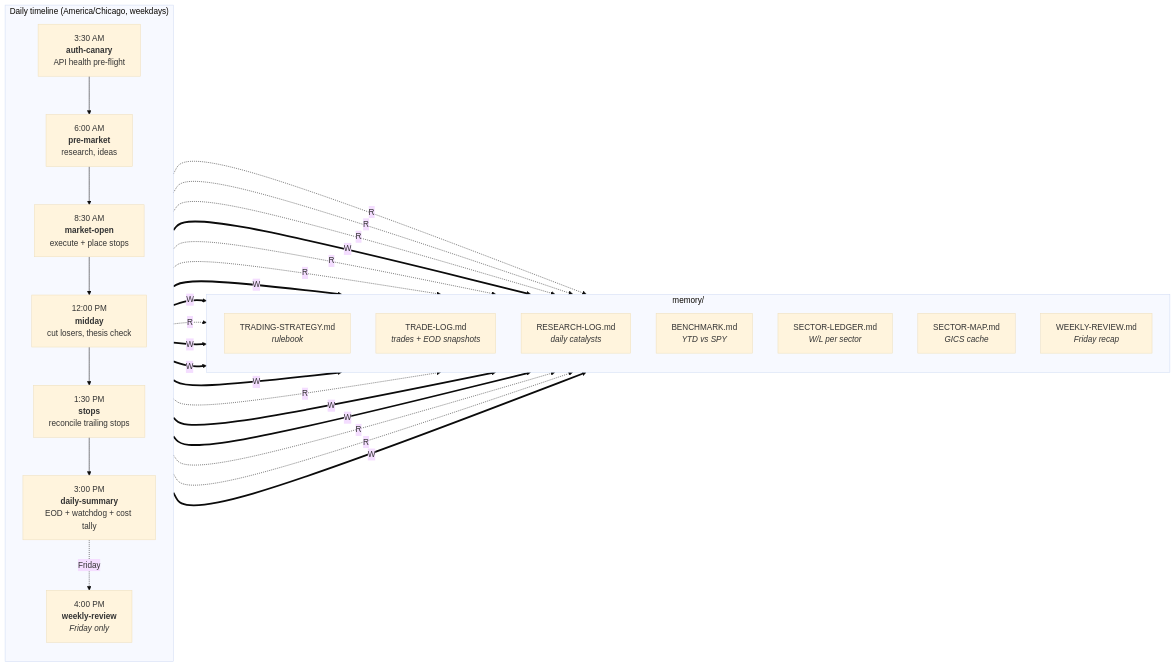
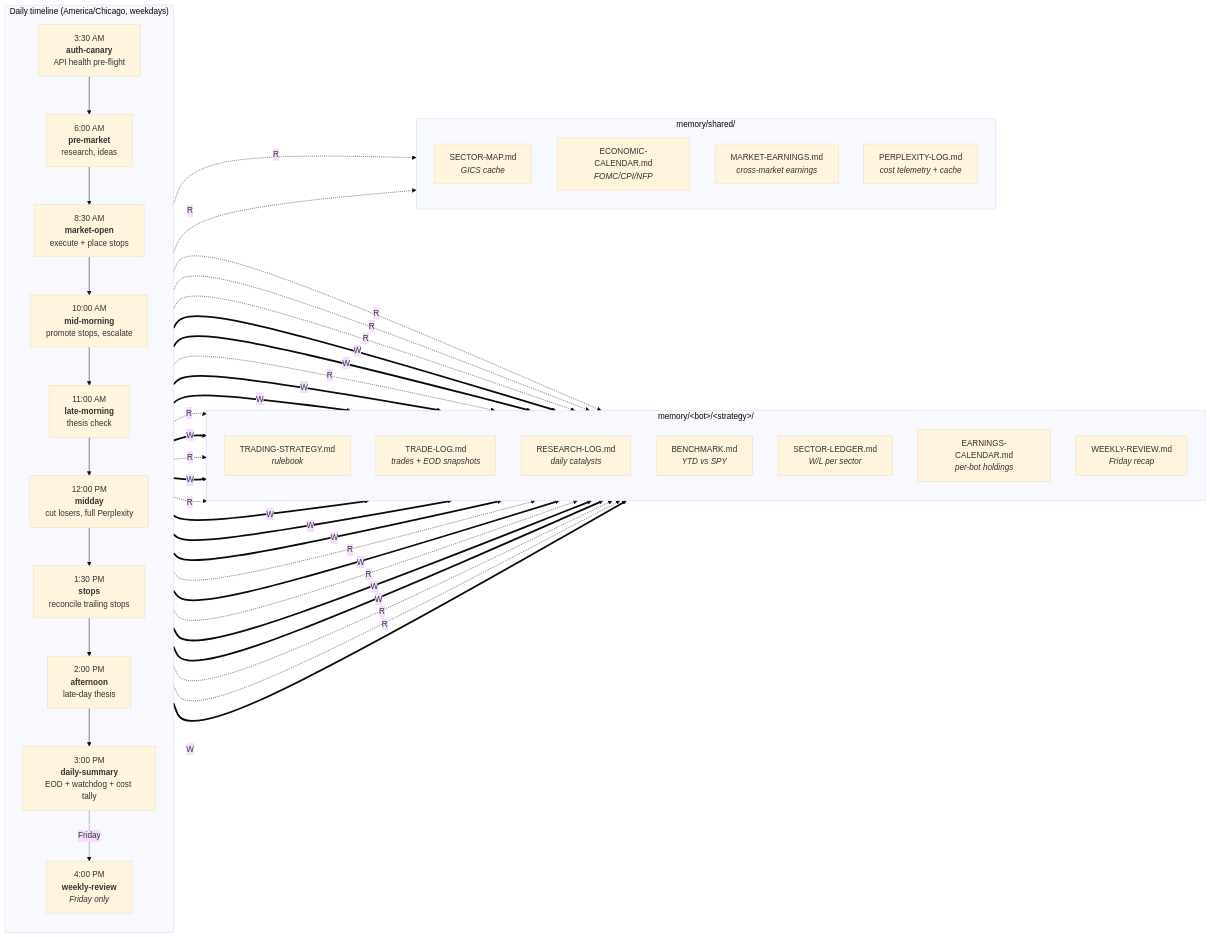
The diagram in FLOW.md (dietztho000/bull-stock-trader), drawn with Mermaid (base theme) before and after one commit. The commit also changed other lines of this file and 14 other files, not shown here.

````diff
--- a/FLOW.md
+++ b/FLOW.md
@@ -6,50 +6,72 @@
 ```mermaid
 flowchart LR
     subgraph T["Daily timeline (America/Chicago, weekdays)"]
         direction TB
         AC["3:30 AM<br/><b>auth-canary</b><br/>API health pre-flight"]
         PM["6:00 AM<br/><b>pre-market</b><br/>research, ideas"]
         MO["8:30 AM<br/><b>market-open</b><br/>execute + place stops"]
-        MD["12:00 PM<br/><b>midday</b><br/>cut losers, thesis check"]
+        MM["10:00 AM<br/><b>mid-morning</b><br/>promote stops, escalate"]
+        LM["11:00 AM<br/><b>late-morning</b><br/>thesis check"]
+        MD["12:00 PM<br/><b>midday</b><br/>cut losers, full Perplexity"]
         ST["1:30 PM<br/><b>stops</b><br/>reconcile trailing stops"]
+        AF["2:00 PM<br/><b>afternoon</b><br/>late-day thesis"]
         DS["3:00 PM<br/><b>daily-summary</b><br/>EOD + watchdog + cost tally"]
         WR["4:00 PM<br/><b>weekly-review</b><br/><i>Friday only</i>"]
-        AC --> PM --> MO --> MD --> ST --> DS
+        AC --> PM --> MO --> MM --> LM --> MD --> ST --> AF --> DS
         DS -. Friday .-> WR
     end
 
-    subgraph M["memory/"]
+    subgraph M["memory/&lt;bot&gt;/&lt;strategy&gt;/"]
         direction TB
         STRAT["TRADING-STRATEGY.md<br/><i>rulebook</i>"]
         TRADE["TRADE-LOG.md<br/><i>trades + EOD snapshots</i>"]
         RES["RESEARCH-LOG.md<br/><i>daily catalysts</i>"]
         BENCH["BENCHMARK.md<br/><i>YTD vs SPY</i>"]
         SECL["SECTOR-LEDGER.md<br/><i>W/L per sector</i>"]
+        EARN["EARNINGS-CALENDAR.md<br/><i>per-bot holdings</i>"]
+        WEEK["WEEKLY-REVIEW.md<br/><i>Friday recap</i>"]
+    end
+
+    subgraph S["memory/shared/"]
+        direction TB
         SECM["SECTOR-MAP.md<br/><i>GICS cache</i>"]
-        WEEK["WEEKLY-REVIEW.md<br/><i>Friday recap</i>"]
+        ECON["ECONOMIC-CALENDAR.md<br/><i>FOMC/CPI/NFP</i>"]
+        MARK["MARKET-EARNINGS.md<br/><i>cross-market earnings</i>"]
+        PPLX["PERPLEXITY-LOG.md<br/><i>cost telemetry + cache</i>"]
     end
 
     PM -.->|R| STRAT
     PM -.->|R| TRADE
     PM -.->|R| SECL
+    PM -.->|R| ECON
     PM ==>|W| RES
+    PM ==>|W| EARN
 
     MO -.->|R| RES
     MO -.->|R| SECM
     MO ==>|W| TRADE
     MO ==>|W| SECL
 
+    MM -.->|R| TRADE
+    MM ==>|W| TRADE
+
+    LM -.->|R| TRADE
+    LM ==>|W| TRADE
+
     MD -.->|R| RES
     MD ==>|W| TRADE
     MD ==>|W| SECL
 
     ST ==>|W| TRADE
+
+    AF -.->|R| TRADE
+    AF ==>|W| TRADE
 
     DS -.->|R| TRADE
     DS ==>|W| TRADE
     DS ==>|W| BENCH
 
     WR -.->|R| BENCH
     WR -.->|R| SECL
     WR ==>|W| WEEK
 ```
````
